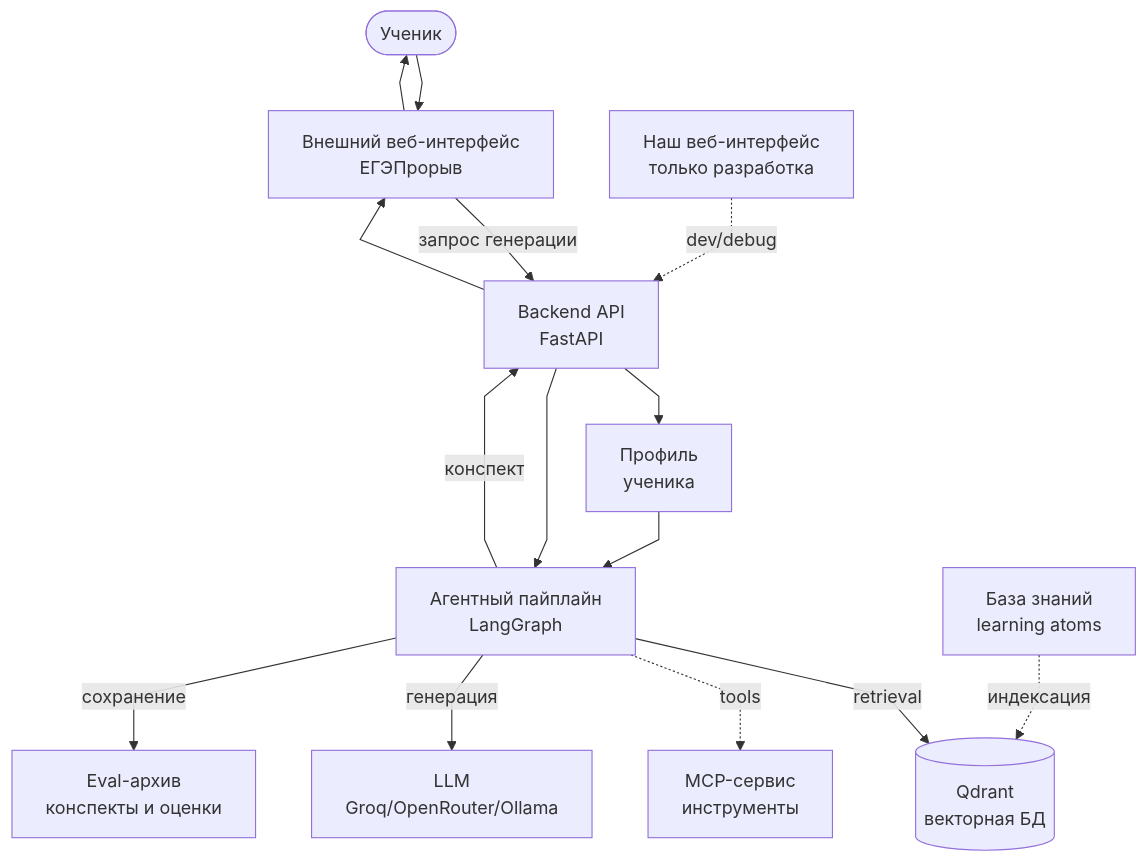
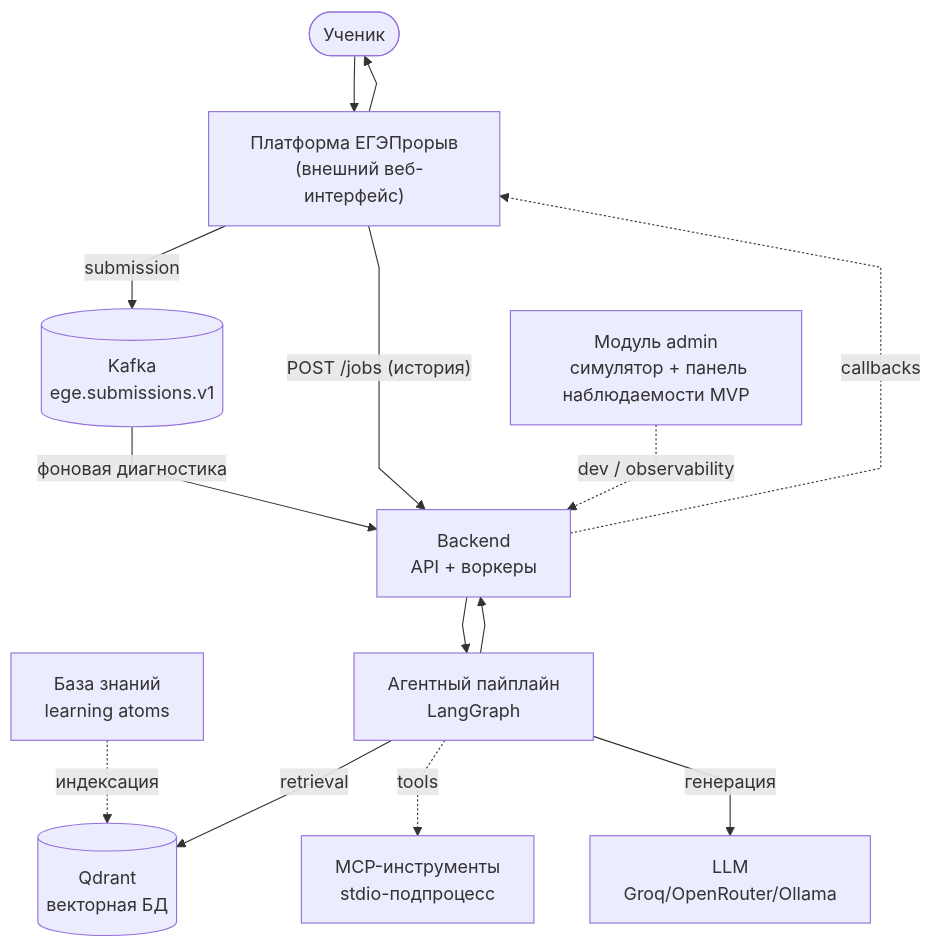
The diagram in doc/src/vkr/graphics/arch_service.mmd (KuBaN658/UEAT), drawn with Mermaid before and after one commit. The commit also changed 2 other files, not shown here.

Commit message:
ВКР: схема арх. главы 2 -- две точки входа платформы (Kafka + /jobs), убран Profile/Archive, admin переоформлен

```diff
--- a/doc/src/vkr/graphics/arch_service.mmd
+++ b/doc/src/vkr/graphics/arch_service.mmd
@@ -1,43 +1,40 @@
 ---
 config:
   flowchart:
     curve: linear
 ---
 graph TB
   User(["Ученик"])
-  ExternalWeb["Внешний веб-интерфейс
-  ЕГЭПрорыв"]
-  DevWeb["Наш веб-интерфейс
-  только разработка"]
-  Backend["Backend API
-  FastAPI"]
-  Profile["Профиль
-  ученика"]
+  ExternalWeb["Платформа ЕГЭПрорыв
+  (внешний веб-интерфейс)"]
+  Admin["Модуль admin
+  симулятор + панель наблюдаемости MVP"]
+  Kafka[("Kafka
+  ege.submissions.v1")]
+  Backend["Backend
+  API + воркеры"]
   Agent["Агентный пайплайн
   LangGraph"]
   KB["База знаний
   learning atoms"]
   Qdrant[("Qdrant
   векторная БД")]
-  MCP["MCP-сервис
-  инструменты"]
+  MCP["MCP-инструменты
+  stdio-подпроцесс"]
   LLM["LLM
   Groq/OpenRouter/Ollama"]
-  Archive["Eval-архив
-  конспекты и оценки"]
 
   User --> ExternalWeb
-  ExternalWeb -->|"запрос генерации"| Backend
-  DevWeb -.->|"dev/debug"| Backend
+  ExternalWeb -->|"submission"| Kafka
+  Kafka -->|"фоновая диагностика"| Backend
+  ExternalWeb -->|"POST /jobs (история)"| Backend
+  Admin -.->|"dev / observability"| Backend
 
-  Backend --> Profile
   Backend --> Agent
-  Profile --> Agent
   KB -.->|"индексация"| Qdrant
   Agent -->|"retrieval"| Qdrant
   Agent -.->|"tools"| MCP
   Agent -->|"генерация"| LLM
-  Agent -->|"сохранение"| Archive
-  Agent -->|"конспект"| Backend
-  Backend --> ExternalWeb
+  Agent --> Backend
+  Backend -.->|"callbacks"| ExternalWeb
   ExternalWeb --> User
```
